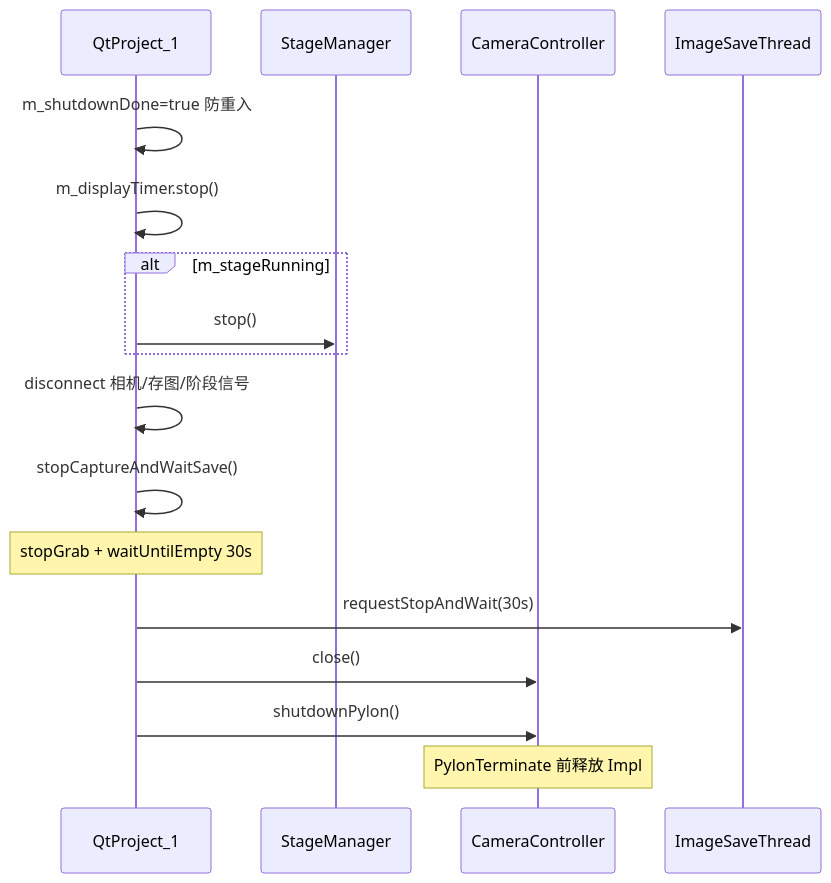
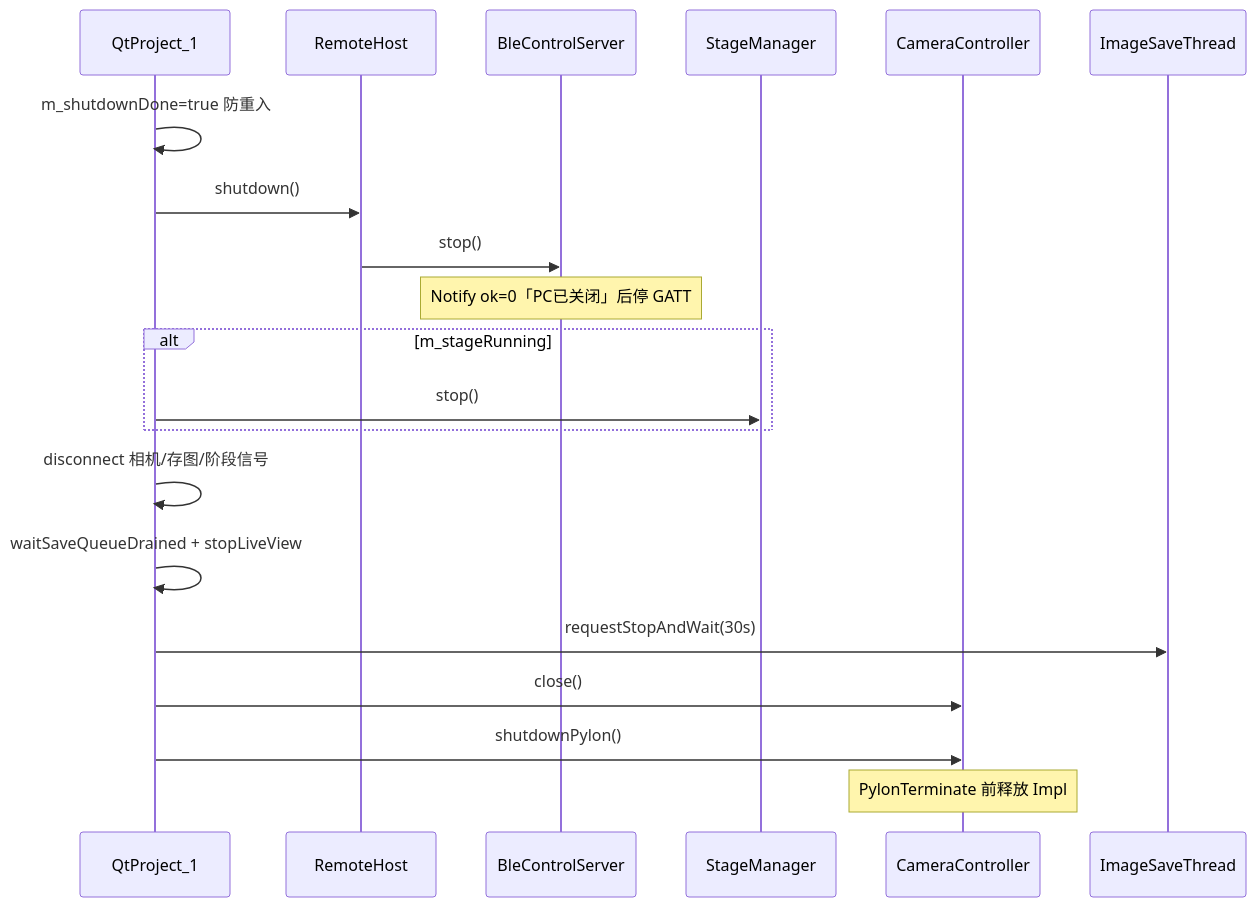
Before and after one commit to ge10yue12-netizen/Photomechanics-own: the sixth of 25 diagrams in docs/DEVELOPER_GUIDE.md, drawn with Mermaid. The commit also changed other lines of this file and 72 other files, not shown here.

First line of the commit message:
重构遥控与新手引导：RemoteHost/RemoteKit、GuideKit 可移植库及 C++14 蓝牙移植说明。

````diff
--- a/docs/DEVELOPER_GUIDE.md
+++ b/docs/DEVELOPER_GUIDE.md
@@ -387,20 +387,23 @@
 ```mermaid
 sequenceDiagram
     participant MW as QtProject_1
+    participant RH as RemoteHost
+    participant BLE as BleControlServer
     participant SM as StageManager
     participant CAM as CameraController
     participant IO as ImageSaveThread
 
     MW->>MW: m_shutdownDone=true 防重入
-    MW->>MW: m_displayTimer.stop()
+    MW->>RH: shutdown()
+    RH->>BLE: stop()
+    Note over BLE: Notify ok=0「PC已关闭」后停 GATT
     alt m_stageRunning
         MW->>SM: stop()
     end
     MW->>MW: disconnect 相机/存图/阶段信号
-    MW->>MW: stopCaptureAndWaitSave()
-    Note over MW: stopGrab + waitUntilEmpty 30s
+    MW->>MW: waitSaveQueueDrained + stopLiveView
     MW->>IO: requestStopAndWait(30s)
     MW->>CAM: close()
     MW->>CAM: shutdownPylon()
     Note over CAM: PylonTerminate 前释放 Impl
 ```
````
